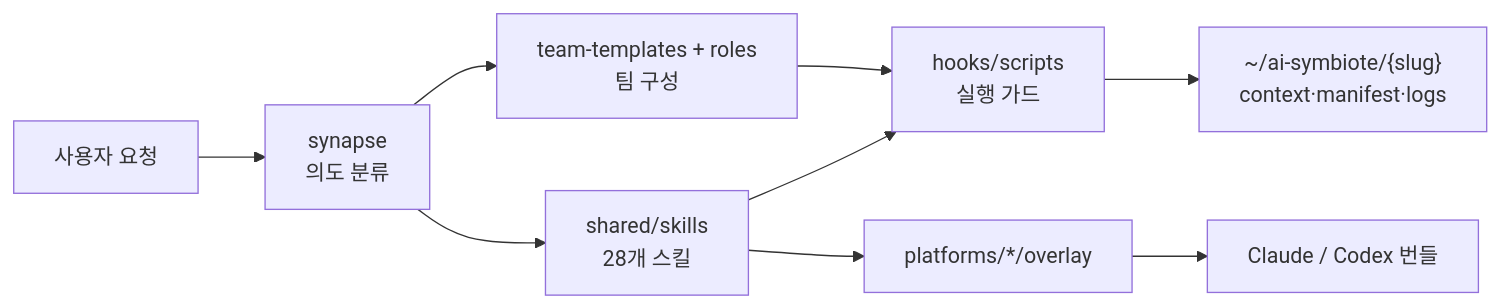
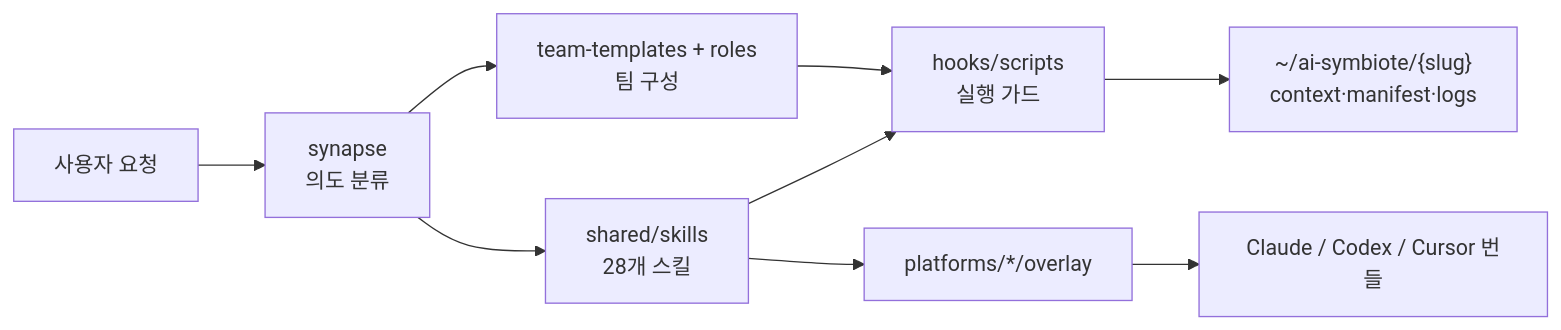
The first of 7 diagrams in README.md (Jimmy-Jung/ai-symbiote), drawn with Mermaid before and after one commit. The commit also changed other lines of this file and 6 other files, not shown here.

````diff
--- a/README.md
+++ b/README.md
@@ -21,11 +21,11 @@
 ```mermaid
 flowchart LR
     A["사용자 요청"] --> B["synapse\n의도 분류"]
     B --> C["shared/skills\n28개 스킬"]
     B --> D["team-templates + roles\n팀 구성"]
     C --> E["hooks/scripts\n실행 가드"]
     D --> E
     E --> F["~/ai-symbiote/{slug}\ncontext·manifest·logs"]
     C --> G["platforms/*/overlay"]
-    G --> H["Claude / Codex 번들"]
+    G --> H["Claude / Codex / Cursor 번들"]
 ```
````
